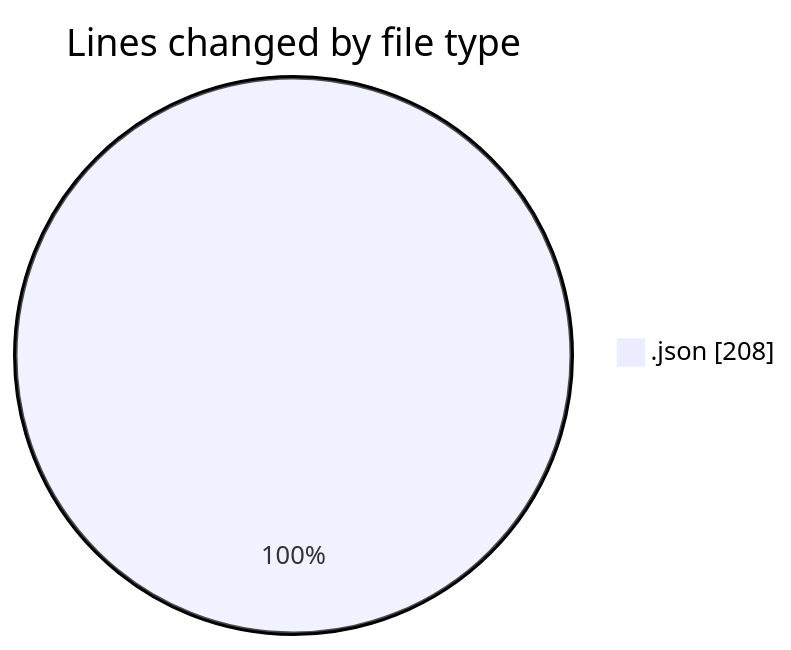
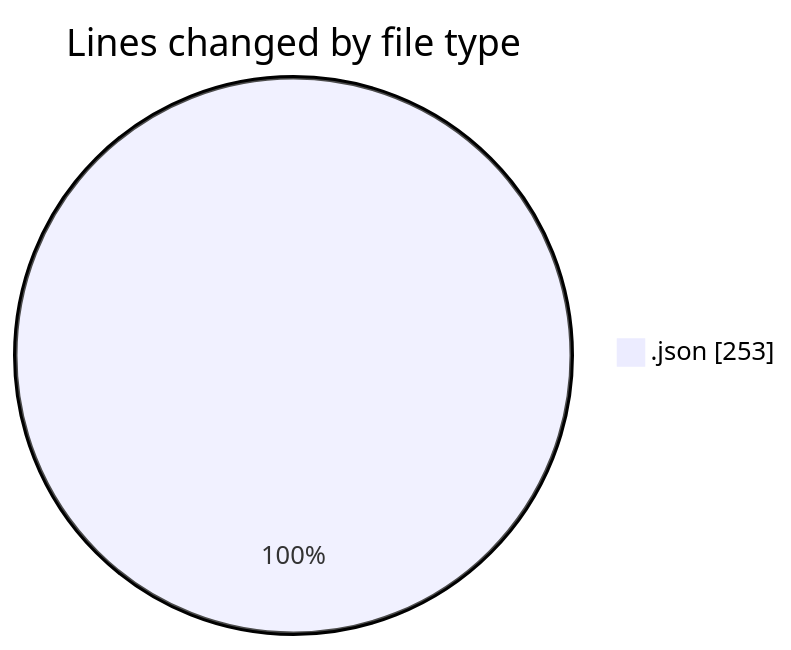
One commit to EIIisD/code-tracking changed the first of 2 diagrams in 2025-07-29/refunds/README.md. Above: the diagram before and after it, drawn with Mermaid. The commit also changed other lines of this file and 1 other file, not shown here.

````diff
--- a/2025-07-29/refunds/README.md
+++ b/2025-07-29/refunds/README.md
@@ -20,5 +20,5 @@
 ```mermaid
 pie showData
 title Lines changed by file type
-".json" : 208
+".json" : 253
 ```
````
